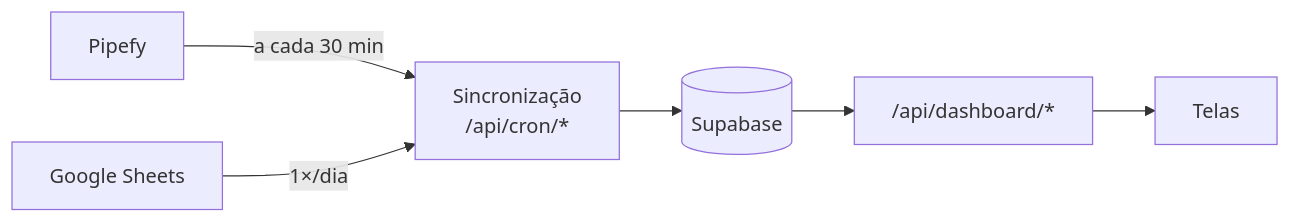
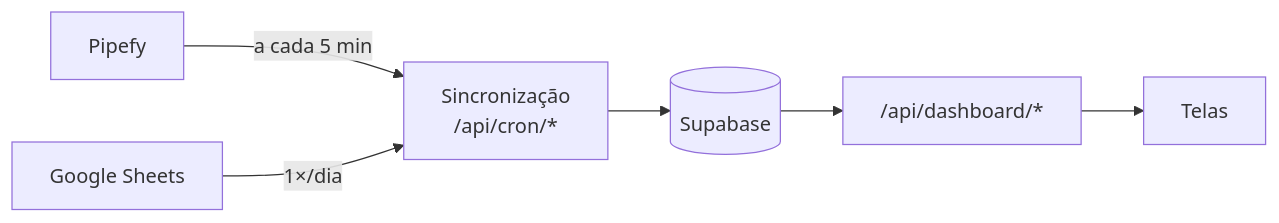
Before and after one commit to cce-fluxo/DashBoardVendas: the diagram in docs/README.md, drawn with Mermaid. The commit also changed 14 other files, not shown here.

````diff
--- a/docs/README.md
+++ b/docs/README.md
@@ -25,7 +25,7 @@
 ```mermaid
 flowchart LR
-  PF[Pipefy] -- "a cada 30 min" --> S
+  PF[Pipefy] -- "a cada 5 min" --> S
   GS[Google Sheets] -- "1×/dia" --> S
   S["Sincronização<br/>/api/cron/*"] --> DB[(Supabase)]
   DB --> API["/api/dashboard/*"] --> UI[Telas]
 ```
````
